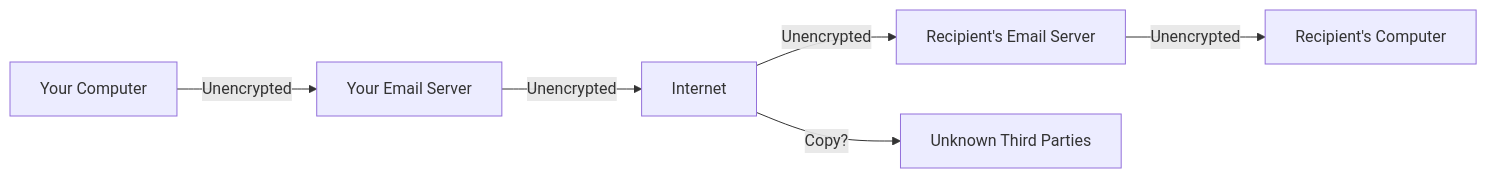
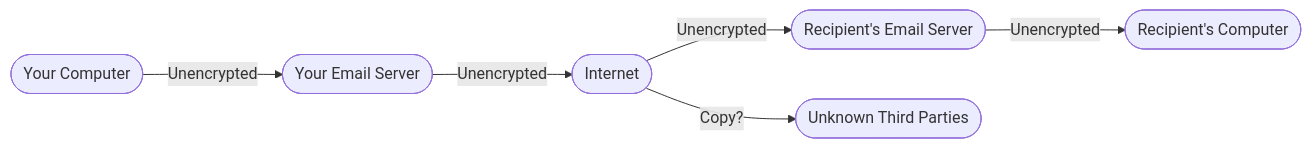
The first of 6 diagrams in content/posts/email-security-for-writers.md (luizdepra/hugo-coder), drawn with Mermaid before and after one commit. The commit also changed other lines of this file, not shown here.

Commit message:
style: Update Mermaid diagrams with rounded node corners

```diff
--- a/content/posts/email-security-for-writers.md
+++ b/content/posts/email-security-for-writers.md
@@ -28,8 +28,8 @@
 {{< mermaid >}}
 graph LR
-    A[Your Computer] -->|Unencrypted| B[Your Email Server]
-    B -->|Unencrypted| C[Internet]
-    C -->|Unencrypted| D[Recipient's Email Server]
-    D -->|Unencrypted| E[Recipient's Computer]
-    C -->|Copy?| F[Unknown Third Parties]
+    A([Your Computer]) -->|Unencrypted| B([Your Email Server])
+    B -->|Unencrypted| C([Internet])
+    C -->|Unencrypted| D([Recipient's Email Server])
+    D -->|Unencrypted| E([Recipient's Computer])
+    C -->|Copy?| F([Unknown Third Parties])
 {{< /mermaid >}}
```
